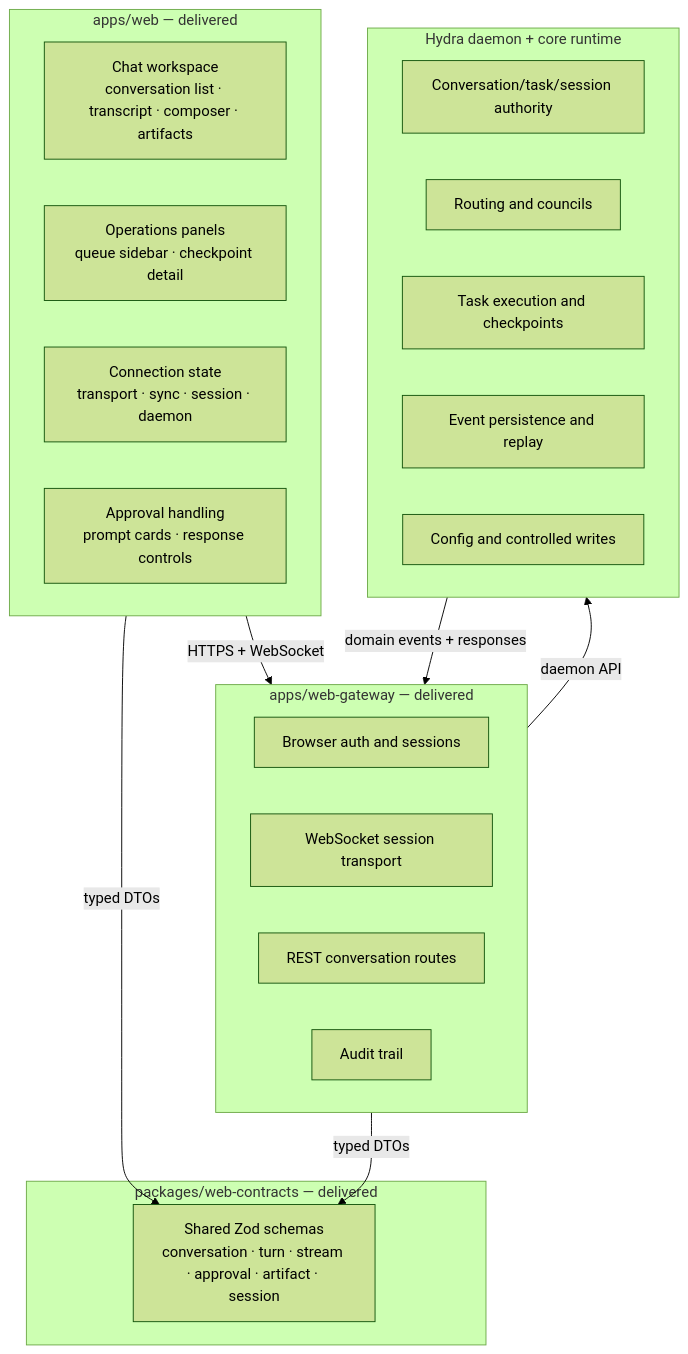
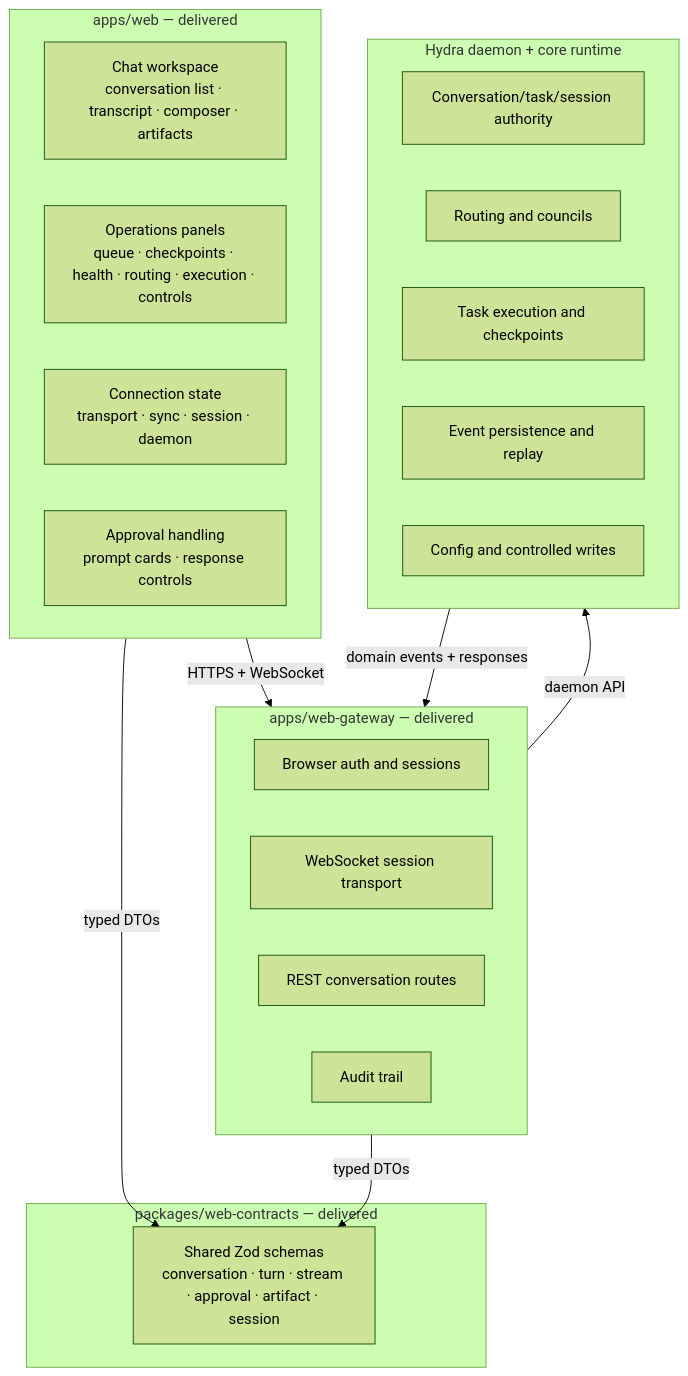
The first of 2 diagrams in docs/web-interface/03-architecture.md (mikecubed/Hydra), drawn with Mermaid (forest theme) before and after one commit. The commit also changed other lines of this file and 1 other file, not shown here.

First line of the commit message:
docs(T053): update browser workspace and architecture docs for Phase 6

````diff
--- a/docs/web-interface/03-architecture.md
+++ b/docs/web-interface/03-architecture.md
@@ -10,34 +11,34 @@
 ```mermaid
 flowchart TB
     subgraph Browser[apps/web — delivered]
         Workspace[Chat workspace\nconversation list · transcript · composer · artifacts]
-        OpsSidebar[Operations panels\nqueue sidebar · checkpoint detail]
+        OpsSidebar[Operations panels\nqueue · checkpoints · health · routing · execution · controls]
         ConnState[Connection state\ntransport · sync · session · daemon]
         Approvals[Approval handling\nprompt cards · response controls]
     end
 
     subgraph Gateway[apps/web-gateway — delivered]
         Auth[Browser auth and sessions]
         Socket[WebSocket session transport]
         Api[REST conversation routes]
         Audit[Audit trail]
     end
 
     subgraph Contracts[packages/web-contracts — delivered]
         Schemas[Shared Zod schemas\nconversation · turn · stream · approval · artifact · session]
     end
 
     subgraph Daemon[Hydra daemon + core runtime]
         Sessions[Conversation/task/session authority]
         Routing[Routing and councils]
         Tasks[Task execution and checkpoints]
         Events[Event persistence and replay]
         Config[Config and controlled writes]
     end
 
     Browser -->|HTTPS + WebSocket| Gateway
     Browser -->|typed DTOs| Schemas
     Gateway -->|typed DTOs| Schemas
     Gateway -->|daemon API| Daemon
     Daemon -->|domain events + responses| Gateway
 ```
````
